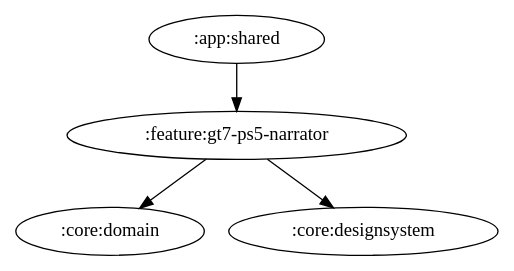
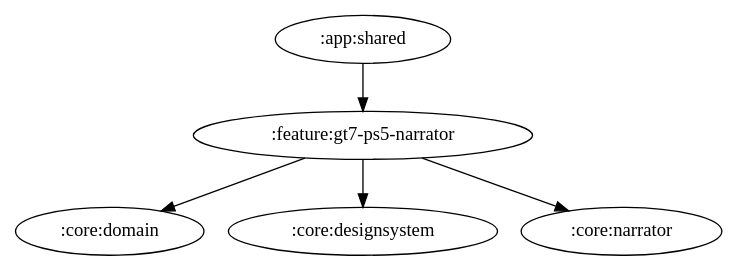
The diagram in docs/graphs/feature-gt7-ps5-narrator.gv (ai-kurou/KoDriver), drawn with Graphviz before and after one commit. The commit also changed 9 other files, not shown here.

Commit message:
chore: update module graph images

```diff
--- a/docs/graphs/feature-gt7-ps5-narrator.gv
+++ b/docs/graphs/feature-gt7-ps5-narrator.gv
@@ -1,6 +1,7 @@
 digraph G {
   rankdir=TB
   ":app:shared" -> ":feature:gt7-ps5-narrator"
   ":feature:gt7-ps5-narrator" -> ":core:domain"
   ":feature:gt7-ps5-narrator" -> ":core:designsystem"
+  ":feature:gt7-ps5-narrator" -> ":core:narrator"
 }
```
